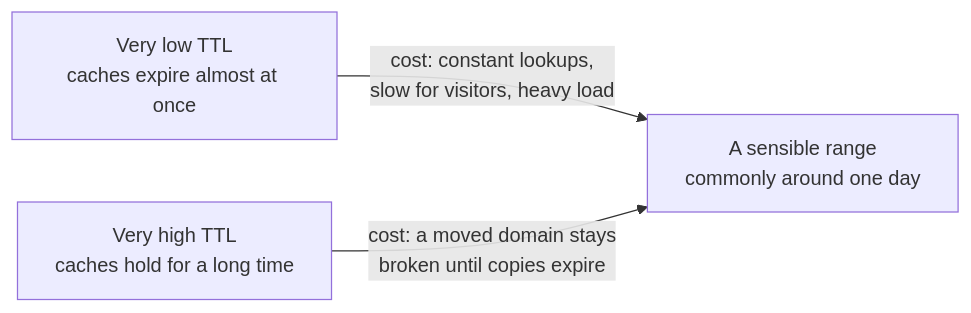
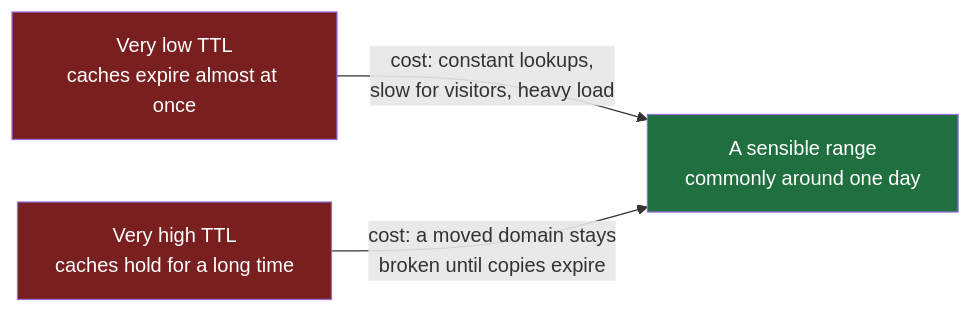
Before and after one commit to Dummy-Bug/system-design-handbook: the fourth of 6 diagrams in Devops/04-Networking/04-DNS-Resolution.md, drawn with Mermaid. The commit also changed other lines of this file and 53 other files, not shown here.

````diff
--- a/Devops/04-Networking/04-DNS-Resolution.md
+++ b/Devops/04-Networking/04-DNS-Resolution.md
@@ -100,5 +116,8 @@
 ```mermaid
 flowchart LR
     LOW["Very low TTL<br/>caches expire almost at once"] -->|"cost: constant lookups,<br/>slow for visitors, heavy load"| GOOD["A sensible range<br/>commonly around one day"]
     HIGH["Very high TTL<br/>caches hold for a long time"] -->|"cost: a moved domain stays<br/>broken until copies expire"| GOOD
+    style LOW fill:#7a1f1f,color:#fff
+    style HIGH fill:#7a1f1f,color:#fff
+    style GOOD fill:#1f6f3f,color:#fff
 ```
````
